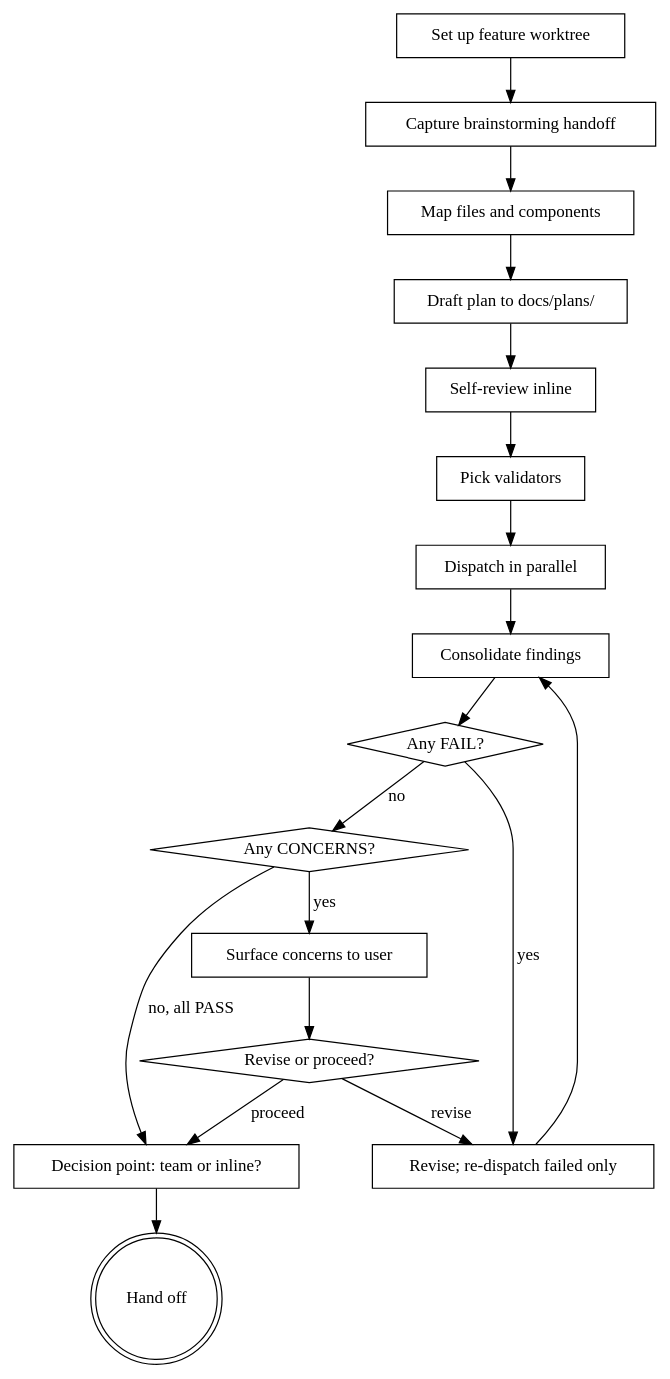
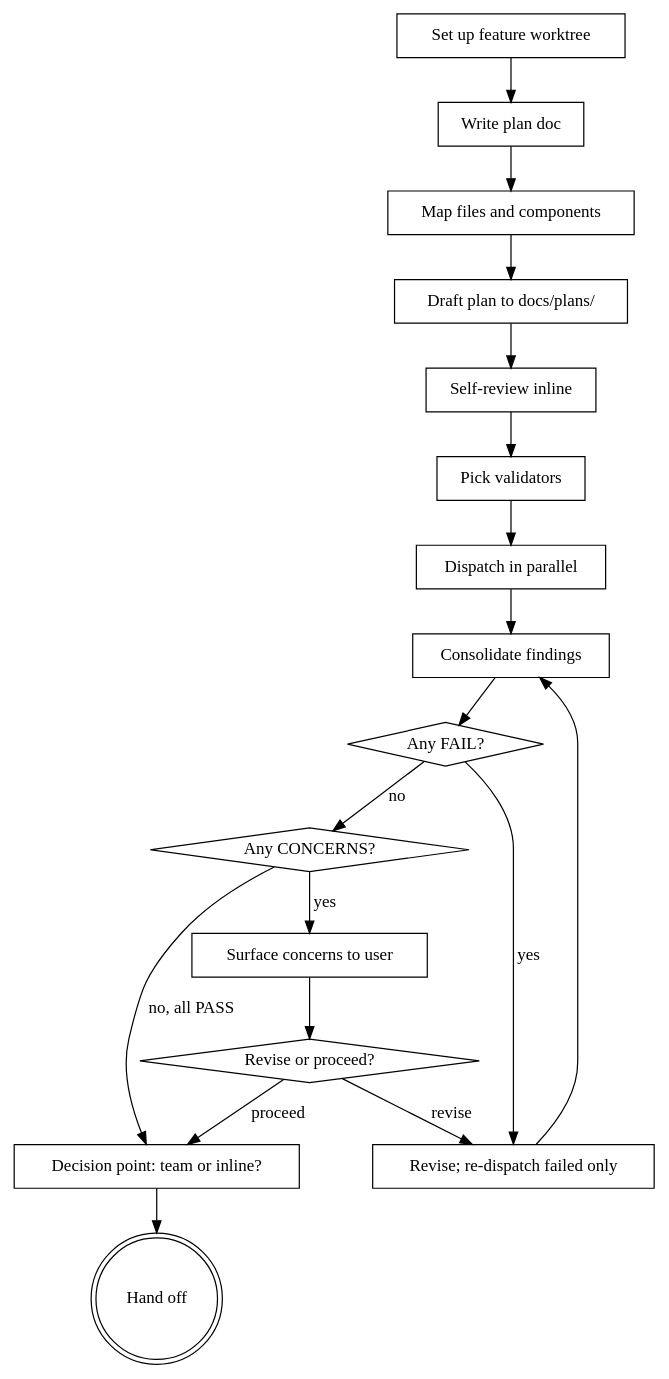
Before and after one commit to brayd3nmay/braydenmay-plugins: the diagram in plugins/kryptonite/skills/writing-plans/SKILL.md, drawn with Graphviz. The commit also changed other lines of this file and 12 other files, not shown here.

````diff
--- a/plugins/kryptonite/skills/writing-plans/SKILL.md
+++ b/plugins/kryptonite/skills/writing-plans/SKILL.md
@@ -43,37 +43,37 @@
 ```dot
 digraph writing_plans {
     "Set up feature worktree" [shape=box];
-    "Capture brainstorming handoff" [shape=box];
+    "Write plan doc" [shape=box];
     "Map files and components" [shape=box];
     "Draft plan to docs/plans/" [shape=box];
     "Self-review inline" [shape=box];
     "Pick validators" [shape=box];
     "Dispatch in parallel" [shape=box];
     "Consolidate findings" [shape=box];
     "Any FAIL?" [shape=diamond];
     "Revise; re-dispatch failed only" [shape=box];
     "Any CONCERNS?" [shape=diamond];
     "Surface concerns to user" [shape=box];
     "Revise or proceed?" [shape=diamond];
     "Decision point: team or inline?" [shape=box];
     "Hand off" [shape=doublecircle];
 
-    "Set up feature worktree" -> "Capture brainstorming handoff";
-    "Capture brainstorming handoff" -> "Map files and components";
+    "Set up feature worktree" -> "Write plan doc";
+    "Write plan doc" -> "Map files and components";
     "Map files and components" -> "Draft plan to docs/plans/";
     "Draft plan to docs/plans/" -> "Self-review inline";
     "Self-review inline" -> "Pick validators";
     "Pick validators" -> "Dispatch in parallel";
     "Dispatch in parallel" -> "Consolidate findings";
     "Consolidate findings" -> "Any FAIL?";
     "Any FAIL?" -> "Revise; re-dispatch failed only" [label="yes"];
     "Revise; re-dispatch failed only" -> "Consolidate findings";
     "Any FAIL?" -> "Any CONCERNS?" [label="no"];
     "Any CONCERNS?" -> "Surface concerns to user" [label="yes"];
     "Any CONCERNS?" -> "Decision point: team or inline?" [label="no, all PASS"];
     "Surface concerns to user" -> "Revise or proceed?";
     "Revise or proceed?" -> "Revise; re-dispatch failed only" [label="revise"];
     "Revise or proceed?" -> "Decision point: team or inline?" [label="proceed"];
     "Decision point: team or inline?" -> "Hand off";
 }
 ```
````
